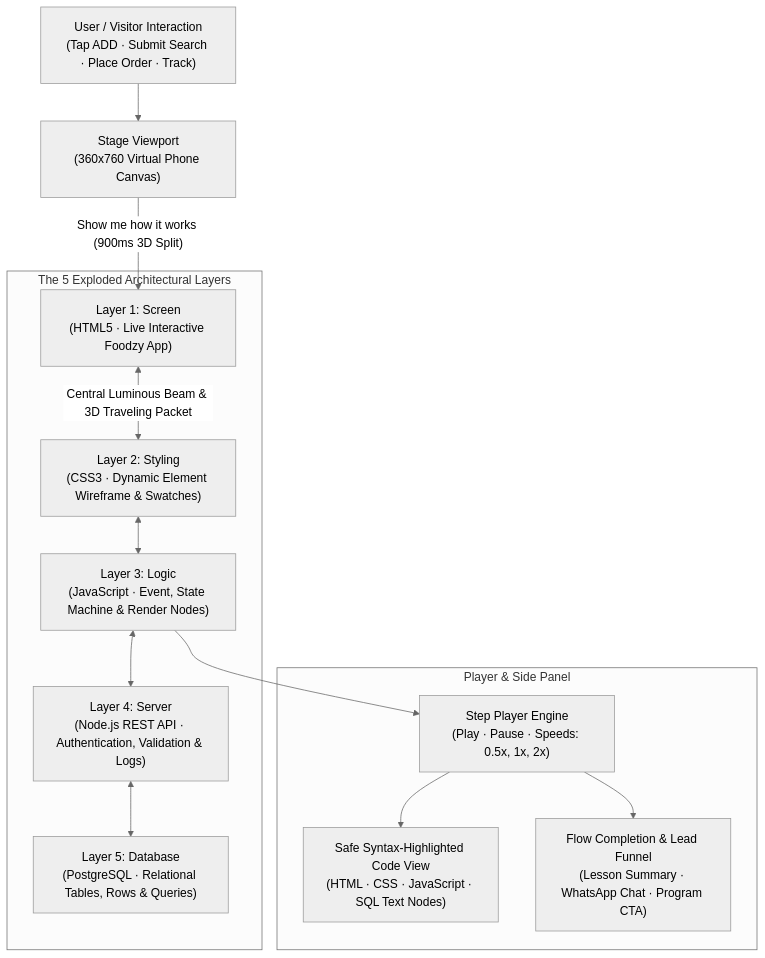
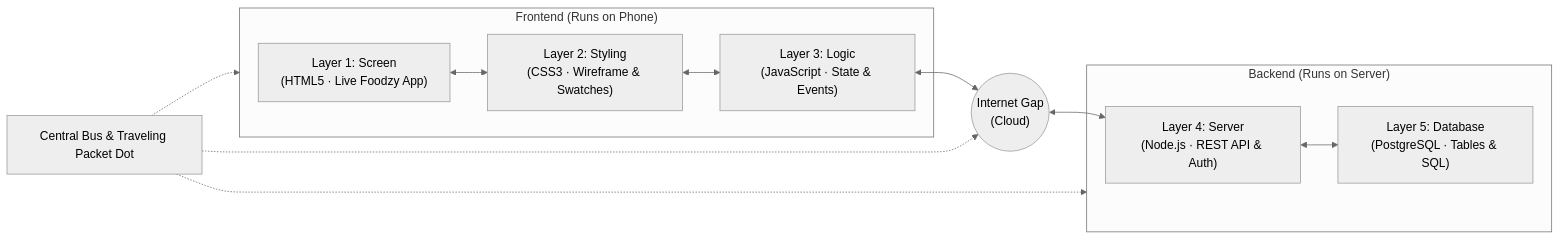
The diagram in README.md (Pradeep-B28/Explorer), drawn with Mermaid (neutral theme) before and after one commit. The commit also changed other lines of this file and 5 other files, not shown here.

````diff
--- a/README.md
+++ b/README.md
@@ -19,28 +19,25 @@
 ```mermaid
-flowchart TD
-    User["User / Visitor Interaction\n(Tap ADD · Submit Search · Place Order · Track)"] --> Stage["Stage Viewport\n(360x760 Virtual Phone Canvas)"]
-    
-    subgraph The 5 Exploded Architectural Layers
-        L1["Layer 1: Screen\n(HTML5 · Live Interactive Foodzy App)"]
-        L2["Layer 2: Styling\n(CSS3 · Dynamic Element Wireframe & Swatches)"]
-        L3["Layer 3: Logic\n(JavaScript · Event, State Machine & Render Nodes)"]
-        L4["Layer 4: Server\n(Node.js REST API · Authentication, Validation & Logs)"]
-        L5["Layer 5: Database\n(PostgreSQL · Relational Tables, Rows & Queries)"]
+flowchart LR
+    subgraph Frontend["Frontend (Runs on Phone)"]
+        L1["Layer 1: Screen\n(HTML5 · Live Foodzy App)"]
+        L2["Layer 2: Styling\n(CSS3 · Wireframe & Swatches)"]
+        L3["Layer 3: Logic\n(JavaScript · State & Events)"]
     end
-    
-    Stage -->|"Show me how it works (900ms 3D Split)"| L1
-    L1 <-->|"Central Luminous Beam & 3D Traveling Packet"| L2
+
+    Gap(("Internet Gap\n(Cloud)"))
+
+    subgraph Backend["Backend (Runs on Server)"]
+        L4["Layer 4: Server\n(Node.js · REST API & Auth)"]
+        L5["Layer 5: Database\n(PostgreSQL · Tables & SQL)"]
+    end
+
+    L1 <--> L2
     L2 <--> L3
-    L3 <--> L4
+    L3 <--> Gap
+    Gap <--> L4
     L4 <--> L5
-    
-    subgraph Player & Side Panel
-        Controls["Step Player Engine\n(Play · Pause · Speeds: 0.5x, 1x, 2x)"]
-        CodeView["Safe Syntax-Highlighted Code View\n(HTML · CSS · JavaScript · SQL Text Nodes)"]
-        CTA["Flow Completion & Lead Funnel\n(Lesson Summary · WhatsApp Chat · Program CTA)"]
-    end
-    
-    L3 --> Controls
-    Controls --> CodeView
-    Controls --> CTA
+
+    Bus["Central Bus & Traveling Packet Dot"] -.-> Frontend
+    Bus -.-> Gap
+    Bus -.-> Backend
 ```
````
